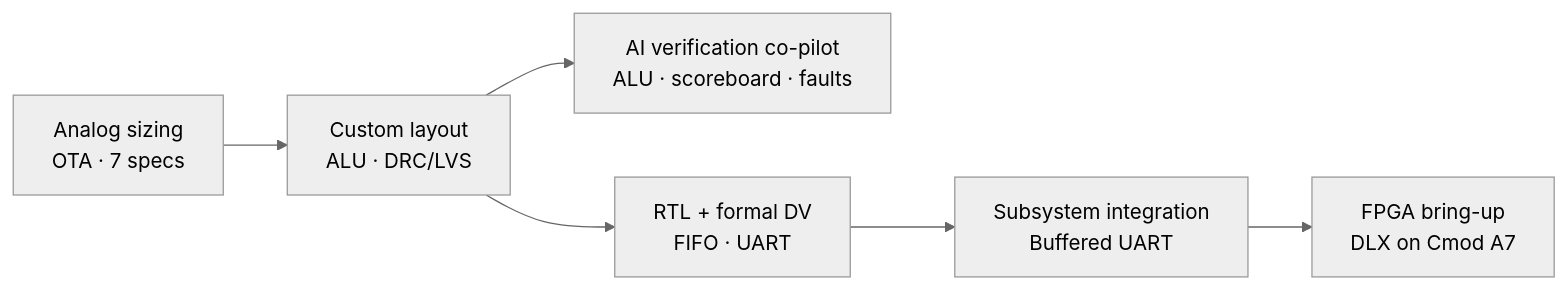
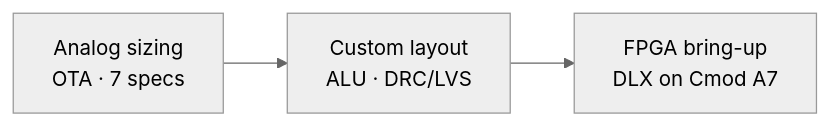
Before and after one commit to jawadsa02/jawadsa02: the diagram in README.md, drawn with Mermaid (neutral theme). The commit also changed other lines of this file, not shown here.

````diff
--- a/README.md
+++ b/README.md
@@ -24,8 +24,5 @@
 ```mermaid
 flowchart LR
     A[Analog sizing<br/>OTA · 7 specs] --> B[Custom layout<br/>ALU · DRC/LVS]
-    B --> F[AI verification co-pilot<br/>ALU · scoreboard · faults]
-    B --> C[RTL + formal DV<br/>FIFO · UART]
-    C --> D[Subsystem integration<br/>Buffered UART]
-    D --> E[FPGA bring-up<br/>DLX on Cmod A7]
+    B --> E[FPGA bring-up<br/>DLX on Cmod A7]
 ```
````
